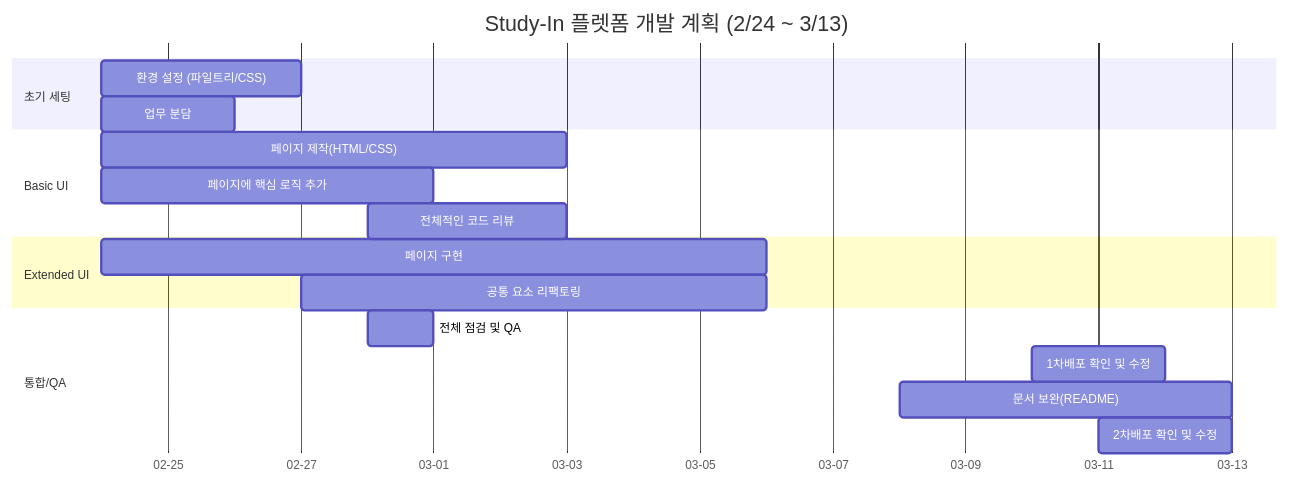
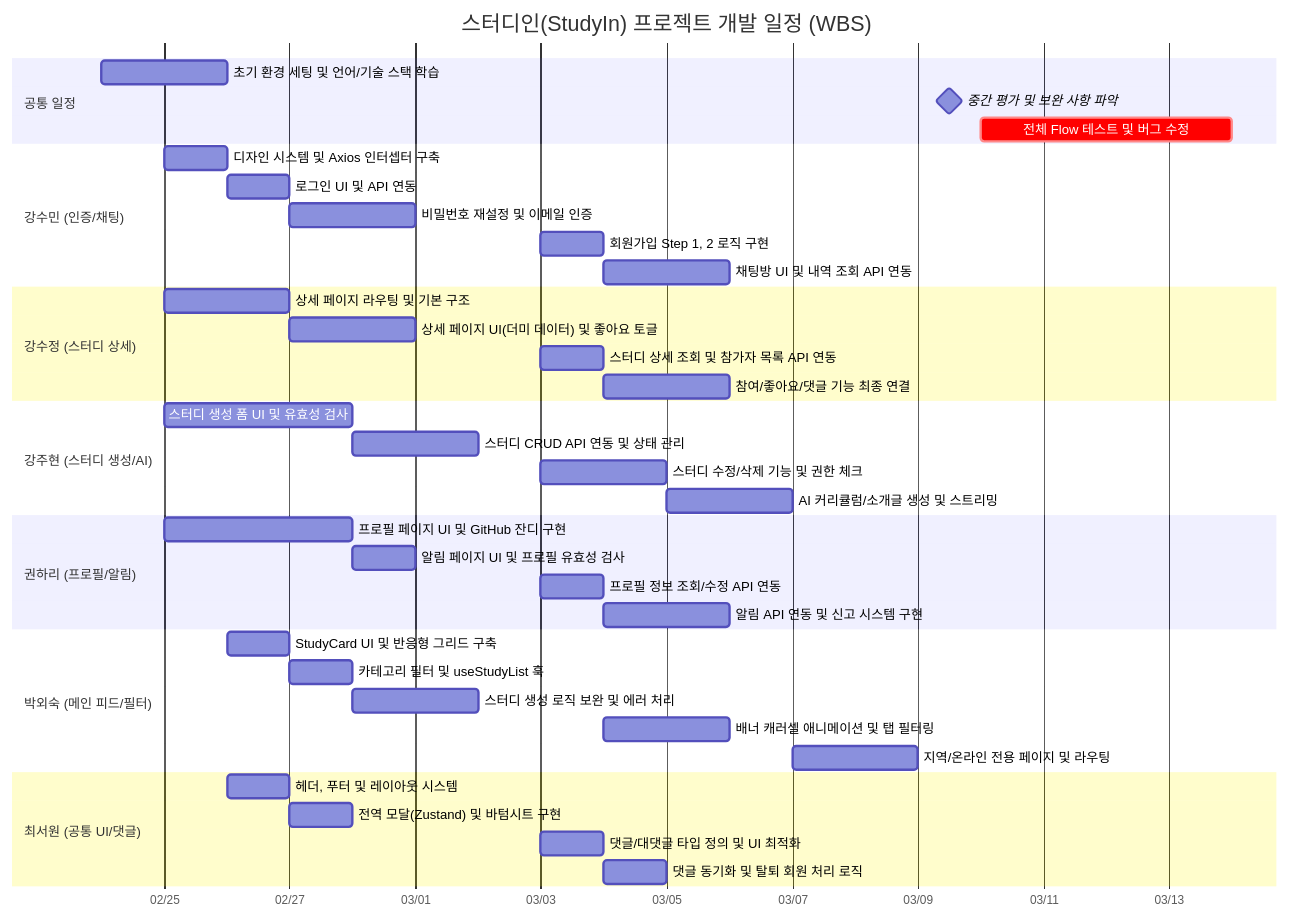
One commit to Study-In-03/Study-In changed the sixth of 6 diagrams in README.md. Above: the diagram before and after it, drawn with Mermaid. The commit also changed other lines of this file and 7 other files, not shown here.

````diff
--- a/README.md
+++ b/README.md
@@ -75,26 +462,49 @@
 ```mermaid
-%%{init: { 'gantt': { 'barHeight': 30, 'fontSize': 10, 'sectionFontSize': 10, 'barGap': 0 } } }%%
 gantt
-    title Study-In 플렛폼 개발 계획 (2/24 ~ 3/13)
-    dateFormat YYYY-MM-DD
-    axisFormat %m-%d
+    title 스터디인(StudyIn) 프로젝트 개발 일정 (WBS)
+    dateFormat  YYYY-MM-DD
+    axisFormat  %m/%d
+    
+    section 공통 일정
+    초기 환경 세팅 및 언어/기술 스택 학습 : 2026-02-24, 2d
+    중간 평가 및 보완 사항 파악 : milestone, 2026-03-09, 1d
+    전체 Flow 테스트 및 버그 수정 : crit, 2026-03-10, 4d
 
-    section 초기 세팅
-        환경 설정 (파일트리/CSS)       :2026-02-24, 3d
-        업무 분담    ::2026-02-24, 2d
+    section 강수민 (인증/채팅)
+    디자인 시스템 및 Axios 인터셉터 구축 : 2026-02-25, 1d
+    로그인 UI 및 API 연동 : 2026-02-26, 1d
+    비밀번호 재설정 및 이메일 인증 : 2026-02-27, 2d
+    회원가입 Step 1, 2 로직 구현 : 2026-03-03, 1d
+    채팅방 UI 및 내역 조회 API 연동 : 2026-03-04, 2d
 
-    section Basic UI
-        페이지 제작(HTML/CSS)            :2026-02-24, 7d
-        페이지에 핵심 로직 추가      :2026-02-24, 5d
-        전체적인 코드 리뷰               :2026-02-28, 3d
+    section 강수정 (스터디 상세)
+    상세 페이지 라우팅 및 기본 구조 : 2026-02-25, 2d
+    상세 페이지 UI(더미 데이터) 및 좋아요 토글 : 2026-02-27, 2d
+    스터디 상세 조회 및 참가자 목록 API 연동 : 2026-03-03, 1d
+    참여/좋아요/댓글 기능 최종 연결 : 2026-03-04, 2d
 
-    section Extended UI
-        페이지 구현          :2026-02-24, 10d
-        공통 요소 리팩토링            :2026-02-27, 7d
+    section 강주현 (스터디 생성/AI)
+    스터디 생성 폼 UI 및 유효성 검사 : 2026-02-25, 3d
+    스터디 CRUD API 연동 및 상태 관리 : 2026-02-28, 2d
+    스터디 수정/삭제 기능 및 권한 체크 : 2026-03-03, 2d
+    AI 커리큘럼/소개글 생성 및 스트리밍 : 2026-03-05, 2d
 
-    section 통합/QA
-        전체 점검 및 QA               :2026-02-28, 1d
-        1차배포 확인 및 수정              :2026-03-10, 2d
-        문서 보완(README)             :2026-03-08, 5d
-        2차배포 확인 및 수정              :2026-03-11, 2d
+    section 권하리 (프로필/알림)
+    프로필 페이지 UI 및 GitHub 잔디 구현 : 2026-02-25, 3d
+    알림 페이지 UI 및 프로필 유효성 검사 : 2026-02-28, 1d
+    프로필 정보 조회/수정 API 연동 : 2026-03-03, 1d
+    알림 API 연동 및 신고 시스템 구현 : 2026-03-04, 2d
+
+    section 박외숙 (메인 피드/필터)
+    StudyCard UI 및 반응형 그리드 구축 : 2026-02-26, 1d
+    카테고리 필터 및 useStudyList 훅 : 2026-02-27, 1d
+    스터디 생성 로직 보완 및 에러 처리 : 2026-02-28, 2d
+    배너 캐러셀 애니메이션 및 탭 필터링 : 2026-03-04, 2d
+    지역/온라인 전용 페이지 및 라우팅 : 2026-03-07, 2d
+
+    section 최서원 (공통 UI/댓글)
+    헤더, 푸터 및 레이아웃 시스템 : 2026-02-26, 1d
+    전역 모달(Zustand) 및 바텀시트 구현 : 2026-02-27, 1d
+    댓글/대댓글 타입 정의 및 UI 최적화 : 2026-03-03, 1d
+    댓글 동기화 및 탈퇴 회원 처리 로직 : 2026-03-04, 1d
 ```
````
